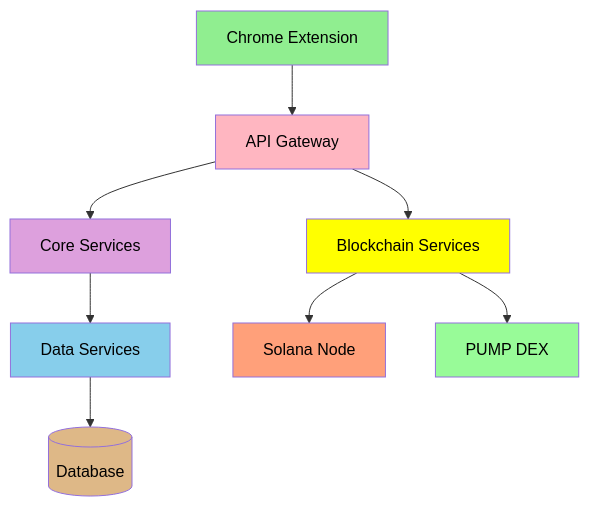
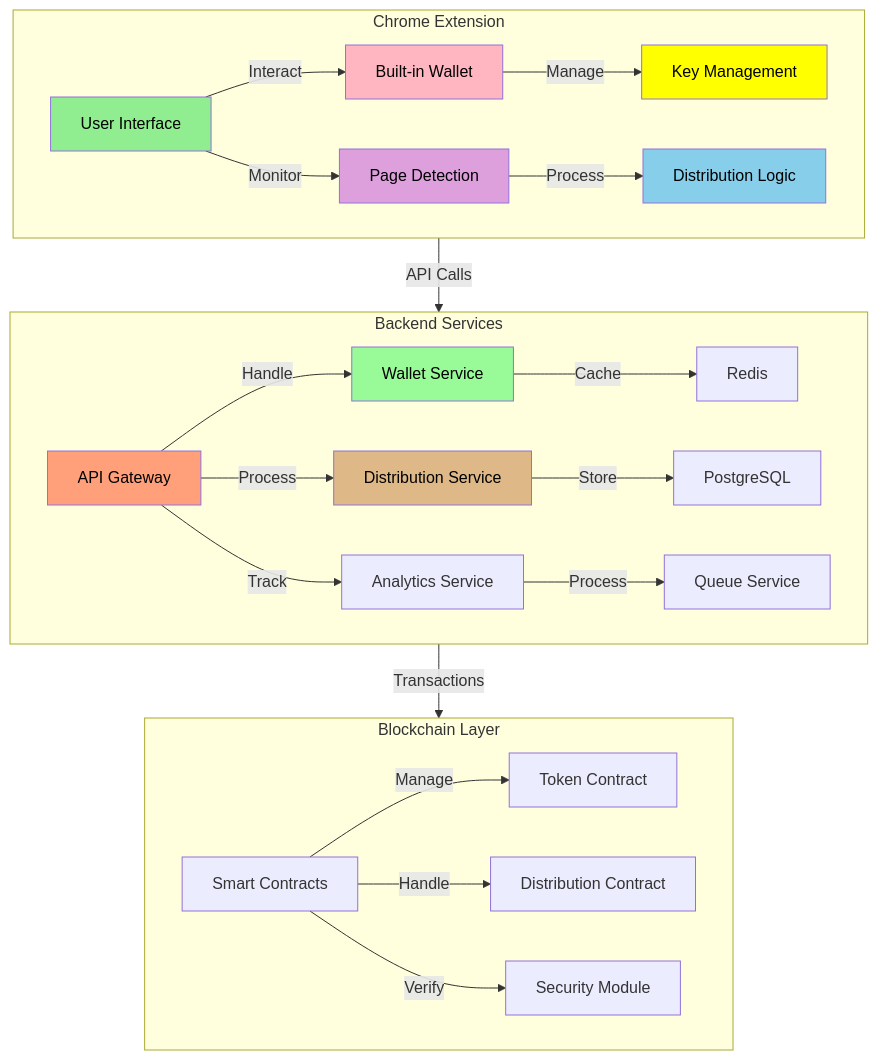
Before and after one commit to MEMEFANS/memefans: the first of 3 diagrams in docs/whitepaper/technical-architecture.md, drawn with Mermaid. The commit also changed other lines of this file and 32 other files, not shown here.

````diff
--- a/docs/whitepaper/technical-architecture.md
+++ b/docs/whitepaper/technical-architecture.md
@@ -7,19 +7,36 @@
-<div class="mermaid">
+```mermaid
 graph TD
-    A[Chrome Extension] --> B[API Gateway]
-    B --> C[Core Services]
-    B --> D[Blockchain Services]
-    C --> E[Data Services]
-    D --> F[Solana Node]
-    D --> G[PUMP DEX]
-    E --> H[(Database)]
+    subgraph Frontend [Chrome Extension]
+        A[User Interface] -->|Interact| B[Built-in Wallet]
+        A -->|Monitor| C[Page Detection]
+        B -->|Manage| D[Key Management]
+        C -->|Process| E[Distribution Logic]
+    end
+    
+    subgraph Backend [Backend Services]
+        F[API Gateway] -->|Handle| G[Wallet Service]
+        F -->|Process| H[Distribution Service]
+        F -->|Track| I[Analytics Service]
+        G -->|Cache| J[Redis]
+        H -->|Store| K[PostgreSQL]
+        I -->|Process| L[Queue Service]
+    end
+    
+    subgraph Blockchain [Blockchain Layer]
+        M[Smart Contracts] -->|Manage| N[Token Contract]
+        M -->|Handle| O[Distribution Contract]
+        M -->|Verify| P[Security Module]
+    end
+    
+    Frontend -->|API Calls| Backend
+    Backend -->|Transactions| Blockchain
     
     style A fill:#90EE90,color:#000000
     style B fill:#FFB6C1,color:#000000
     style C fill:#DDA0DD,color:#000000
     style D fill:#FFFF00,color:#000000
     style E fill:#87CEEB,color:#000000
     style F fill:#FFA07A,color:#000000
     style G fill:#98FB98,color:#000000
     style H fill:#DEB887,color:#000000
-</div>
+```
````
